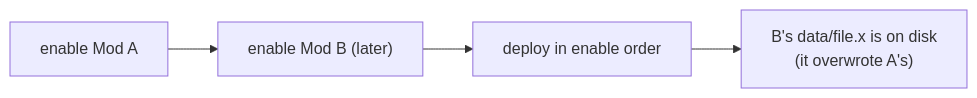
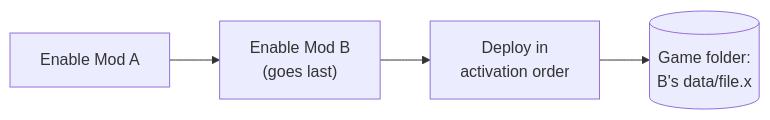
One commit to FreeProject089/BetterModsManager changed the second of 4 diagrams in frontend/assets/docs/en/how-it-works/conflicts.md. Above: the diagram before and after it, drawn with Mermaid. The commit also changed other lines of this file and 176 other files, not shown here.

````diff
--- a/frontend/assets/docs/en/how-it-works/conflicts.md
+++ b/frontend/assets/docs/en/how-it-works/conflicts.md
@@ -61,6 +67,6 @@
 ```mermaid
 flowchart LR
-    E1["enable Mod A"] --> E2["enable Mod B (later)"]
-    E2 --> DEPLOY["deploy in enable order"]
-    DEPLOY --> WIN["B's data/file.x is on disk<br/>(it overwrote A's)"]
+    E1["Enable Mod A"] --> E2["Enable Mod B<br/>(goes last)"]
+    E2 --> DEPLOY["Deploy in<br/>activation order"]
+    DEPLOY --> WIN[("Game folder:<br/>B's data/file.x")]
 ```
````
